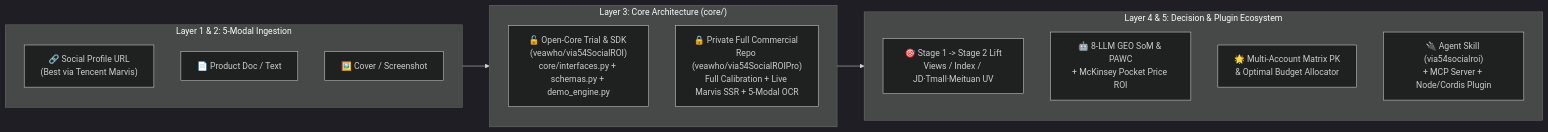
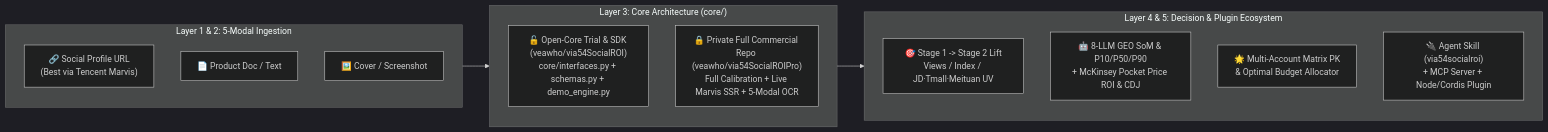
Before and after one commit to veawho/via54SocialROI: the diagram in README.md, drawn with Mermaid (dark theme). The commit also changed other lines of this file and 9 other files, not shown here.

````diff
--- a/README.md
+++ b/README.md
@@ -82,23 +81,23 @@
 ```mermaid
 flowchart LR
     subgraph Input["Layer 1 & 2: 5-Modal Ingestion"]
         A1["🔗 Social Profile URL\n(Best via Tencent Marvis)"]
         A2["📄 Product Doc / Text"]
         A3["🖼️ Cover / Screenshot"]
     end
 
     subgraph Core["Layer 3: Core Architecture (core/)"]
         direction TB
         B1["🔓 Open-Core Trial & SDK (veawho/via54SocialROI)\ncore/interfaces.py + schemas.py + demo_engine.py"]
         B2["🔒 Private Full Commercial Repo (veawho/via54SocialROIPro)\nFull Calibration + Live Marvis SSR + 5-Modal OCR"]
     end
 
     subgraph Outputs["Layer 4 & 5: Decision & Plugin Ecosystem"]
         C1["🎯 Stage 1 -> Stage 2 Lift\nViews / Index / JD·Tmall·Meituan UV"]
-        C2["🤖 8-LLM GEO SoM & PAWC\n+ McKinsey Pocket Price ROI"]
+        C2["🤖 8-LLM GEO SoM & P10/P50/P90\n+ McKinsey Pocket Price ROI & CDJ"]
         C3["🌟 Multi-Account Matrix PK\n& Optimal Budget Allocator"]
         C4["🔌 Agent Skill (via54socialroi)\n+ MCP Server + Node/Cordis Plugin"]
     end
 
     Input --> Core --> Outputs
 ```
````
